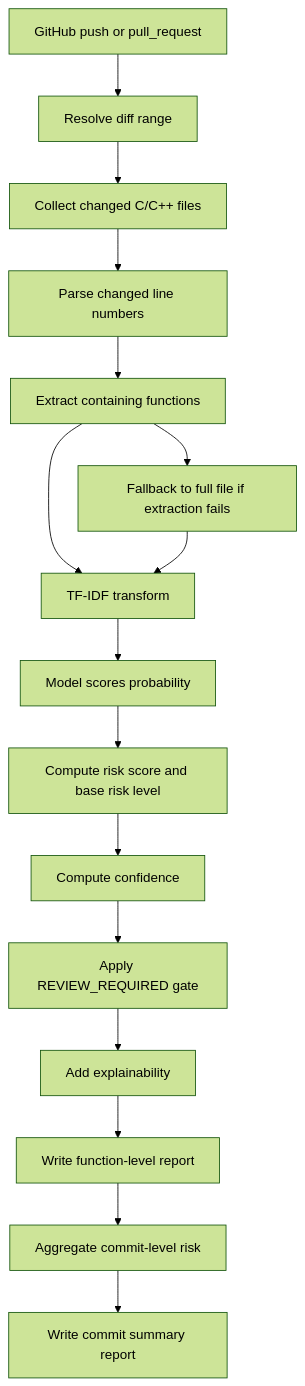
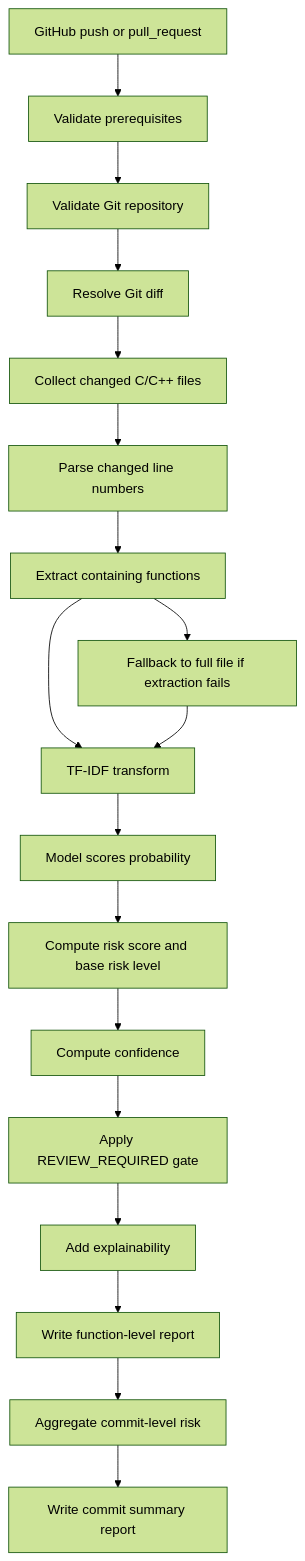
One commit to MishelRossmaree/ai-driven-devsecops-framework changed the third of 3 diagrams in doc/ML1/ML1-OVERVIEW.md. Above: the diagram before and after it, drawn with Mermaid (forest theme). The commit also changed other lines of this file and 3 other files, not shown here.

````diff
--- a/doc/ML1/ML1-OVERVIEW.md
+++ b/doc/ML1/ML1-OVERVIEW.md
@@ -219,18 +219,20 @@
 ```mermaid
 flowchart TD
-    A[GitHub push or pull_request] --> B[Resolve diff range]
-    B --> C[Collect changed C/C++ files]
-    C --> D[Parse changed line numbers]
-    D --> E[Extract containing functions]
-    E --> F[Fallback to full file if extraction fails]
-    E --> G[TF-IDF transform]
-    F --> G
-    G --> H[Model scores probability]
-    H --> I[Compute risk score and base risk level]
-    I --> J[Compute confidence]
-    J --> K[Apply REVIEW_REQUIRED gate]
-    K --> L[Add explainability]
-    L --> M[Write function-level report]
-    M --> N[Aggregate commit-level risk]
-    N --> O[Write commit summary report]
+  A[GitHub push or pull_request] --> B[Validate prerequisites]
+  B --> C[Validate Git repository]
+  C --> D[Resolve Git diff]
+  D --> E[Collect changed C/C++ files]
+  E --> F[Parse changed line numbers]
+  F --> G[Extract containing functions]
+  G --> H[Fallback to full file if extraction fails]
+  G --> I[TF-IDF transform]
+  H --> I
+  I --> J[Model scores probability]
+  J --> K[Compute risk score and base risk level]
+  K --> L[Compute confidence]
+  L --> M[Apply REVIEW_REQUIRED gate]
+  M --> N[Add explainability]
+  N --> O[Write function-level report]
+  O --> P[Aggregate commit-level risk]
+  P --> Q[Write commit summary report]
 ```
````
